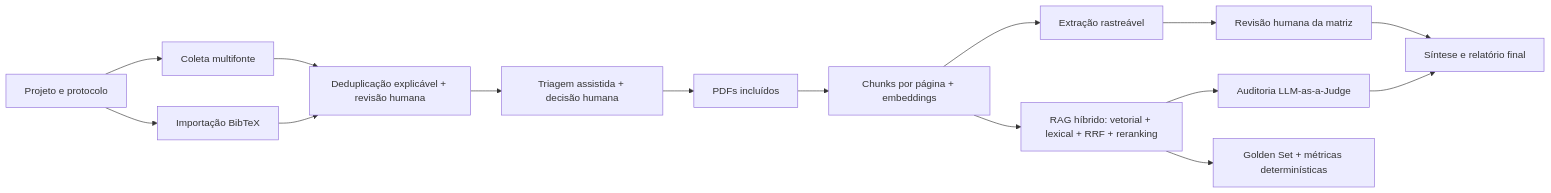
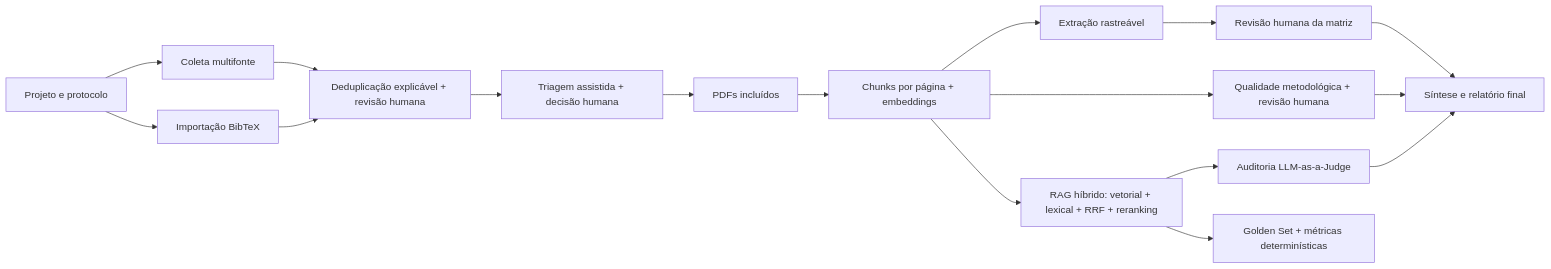
One commit to lucianodiassp/rag-revisao-sistematica changed the diagram in README.md. Above: the diagram before and after it, drawn with Mermaid. The commit also changed other lines of this file and 20 other files, not shown here.

````diff
--- a/README.md
+++ b/README.md
@@ -202,17 +218,19 @@
 ```mermaid
 flowchart LR
     A["Projeto e protocolo"] --> B["Coleta multifonte"]
     A --> B2["Importação BibTeX"]
     B --> C["Deduplicação explicável + revisão humana"]
     B2 --> C
     C --> D["Triagem assistida + decisão humana"]
     D --> E["PDFs incluídos"]
     E --> F["Chunks por página + embeddings"]
     F --> G["RAG híbrido: vetorial + lexical + RRF + reranking"]
     F --> H["Extração rastreável"]
     H --> I["Revisão humana da matriz"]
+    F --> Q["Qualidade metodológica + revisão humana"]
     G --> J["Auditoria LLM-as-a-Judge"]
     G --> L["Golden Set + métricas determinísticas"]
     I --> K["Síntese e relatório final"]
+    Q --> K
     J --> K
 ```
````
